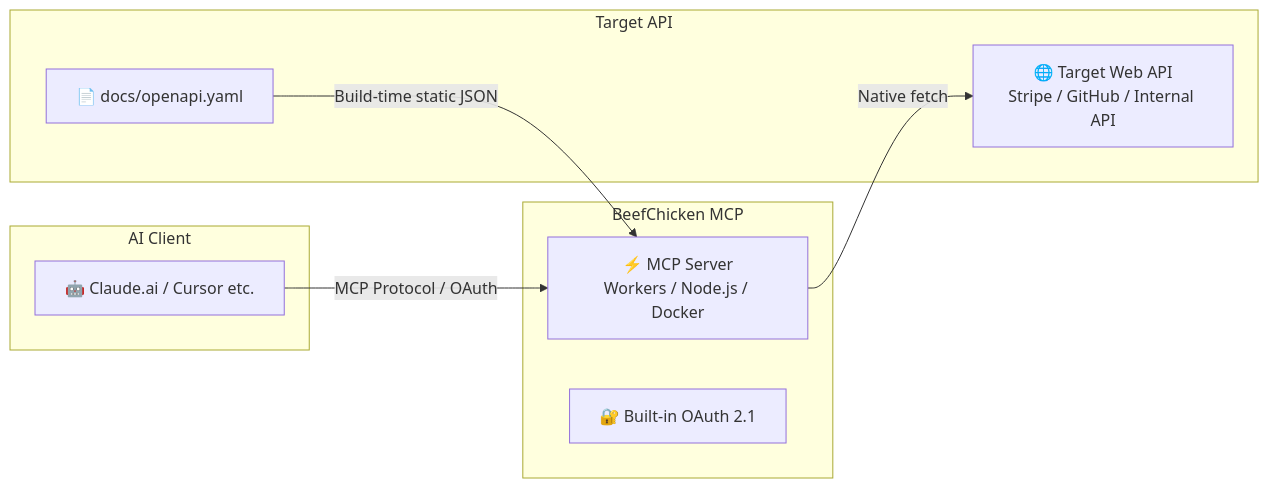
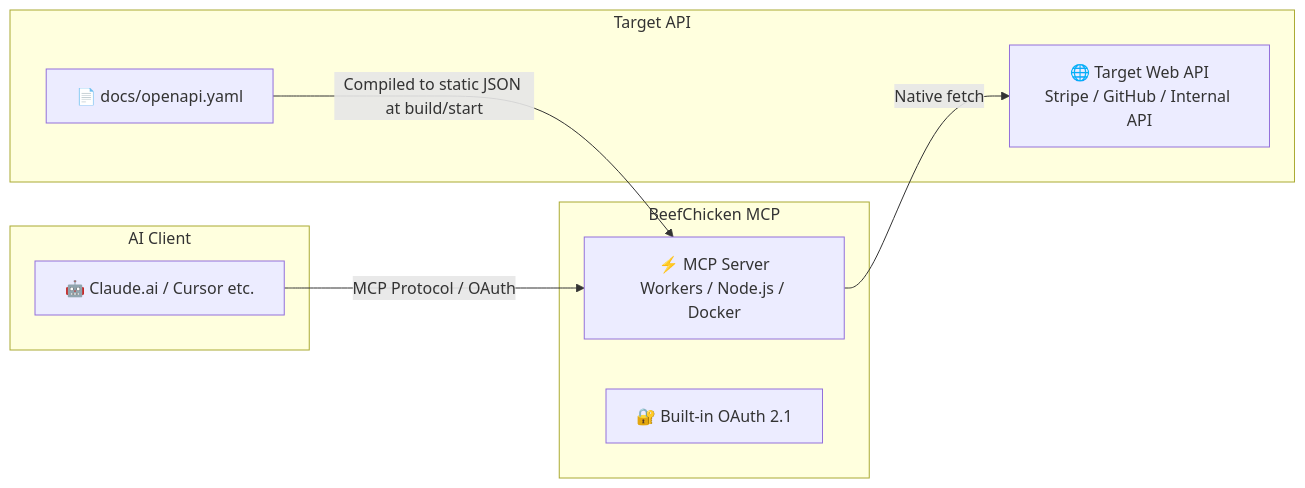
The diagram in README.en.md (Watanabebashi/BeefChicken-MCP), drawn with Mermaid before and after one commit. The commit also changed other lines of this file and 10 other files, not shown here.

````diff
--- a/README.en.md
+++ b/README.en.md
@@ -24,20 +24,20 @@
 ```mermaid
 graph LR
     subgraph Client [AI Client]
         Claude[🤖 Claude.ai / Cursor etc.]
     end
 
     subgraph Proxy [BeefChicken MCP]
         MCP[⚡ MCP Server<br/>Workers / Node.js / Docker]
         OAuth[🔐 Built-in OAuth 2.1]
     end
 
     subgraph Target [Target API]
         Spec[📄 docs/openapi.yaml]
         API[🌐 Target Web API<br/>Stripe / GitHub / Internal API]
     end
 
-    Spec -->|Build-time static JSON| MCP
+    Spec -->|Compiled to static JSON at build/start| MCP
     Claude -->|MCP Protocol / OAuth| MCP
     MCP -->|Native fetch| API
 ```
````
